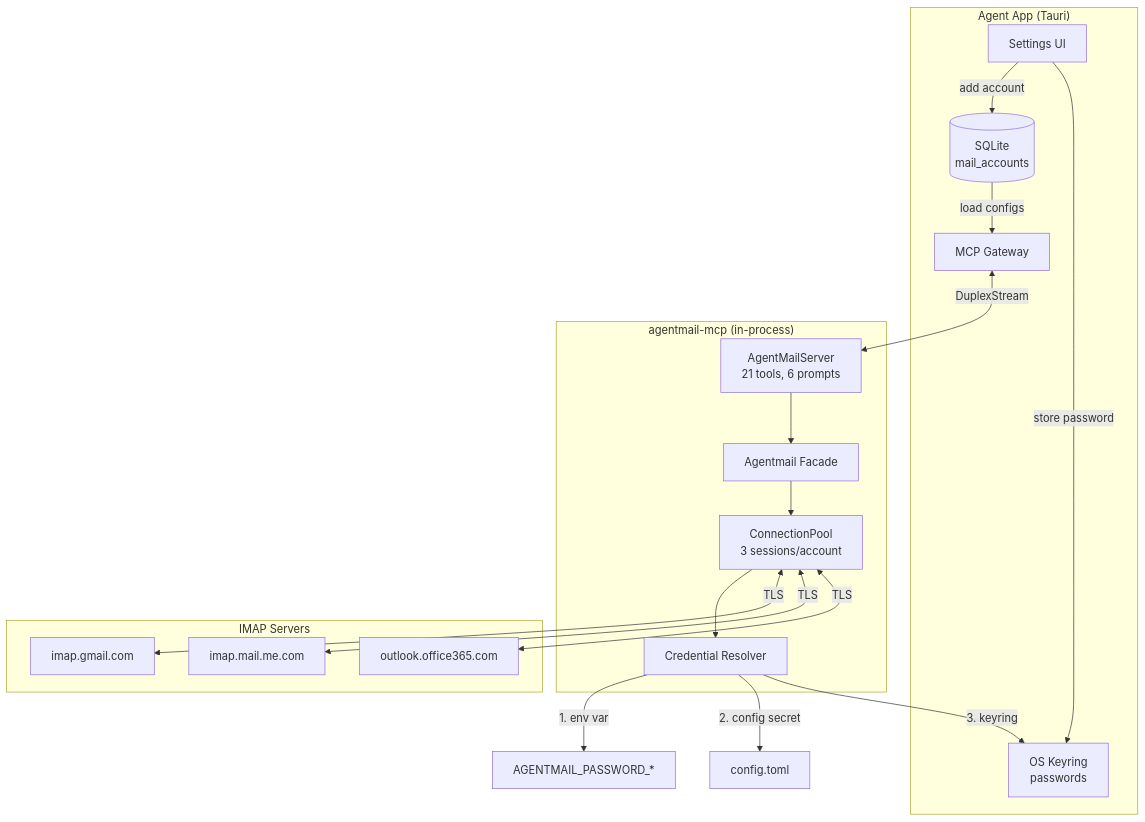
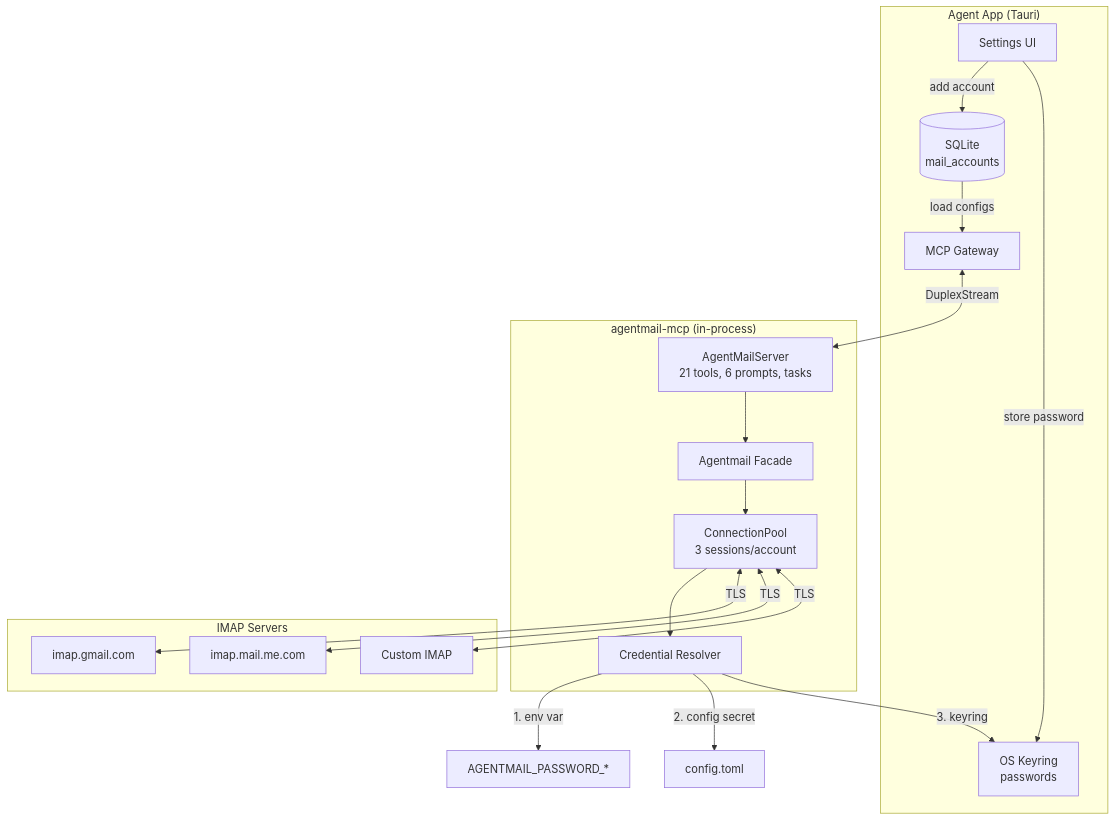
Before and after one commit to Weekendsuperhero-io/agentmail: the first of 4 diagrams in DESIGN.md, drawn with Mermaid. The commit also changed other lines of this file and 11 other files, not shown here.

````diff
--- a/DESIGN.md
+++ b/DESIGN.md
@@ -11,36 +13,36 @@
 ```mermaid
 graph TB
     subgraph "Agent App (Tauri)"
         UI[Settings UI]
         DB[(SQLite<br/>mail_accounts)]
         KR[OS Keyring<br/>passwords]
         GW[MCP Gateway]
     end
 
     subgraph "agentmail-mcp (in-process)"
-        MCP[AgentMailServer<br/>21 tools, 6 prompts]
+        MCP[AgentMailServer<br/>21 tools, 6 prompts, tasks]
         MK[Agentmail Facade]
         POOL[ConnectionPool<br/>3 sessions/account]
         CRED[Credential Resolver]
     end
 
     subgraph "IMAP Servers"
         GMAIL[imap.gmail.com]
         ICLOUD[imap.mail.me.com]
-        OUTLOOK[outlook.office365.com]
+        CUSTOM[Custom IMAP]
     end
 
     UI -->|add account| DB
     UI -->|store password| KR
     DB -->|load configs| GW
     GW <-->|DuplexStream| MCP
     MCP --> MK
     MK --> POOL
     POOL --> CRED
     CRED -->|1. env var| ENV[AGENTMAIL_PASSWORD_*]
     CRED -->|2. config secret| CFG[config.toml]
     CRED -->|3. keyring| KR
     POOL <-->|TLS| GMAIL
     POOL <-->|TLS| ICLOUD
-    POOL <-->|TLS| OUTLOOK
+    POOL <-->|TLS| CUSTOM
 ```
````
